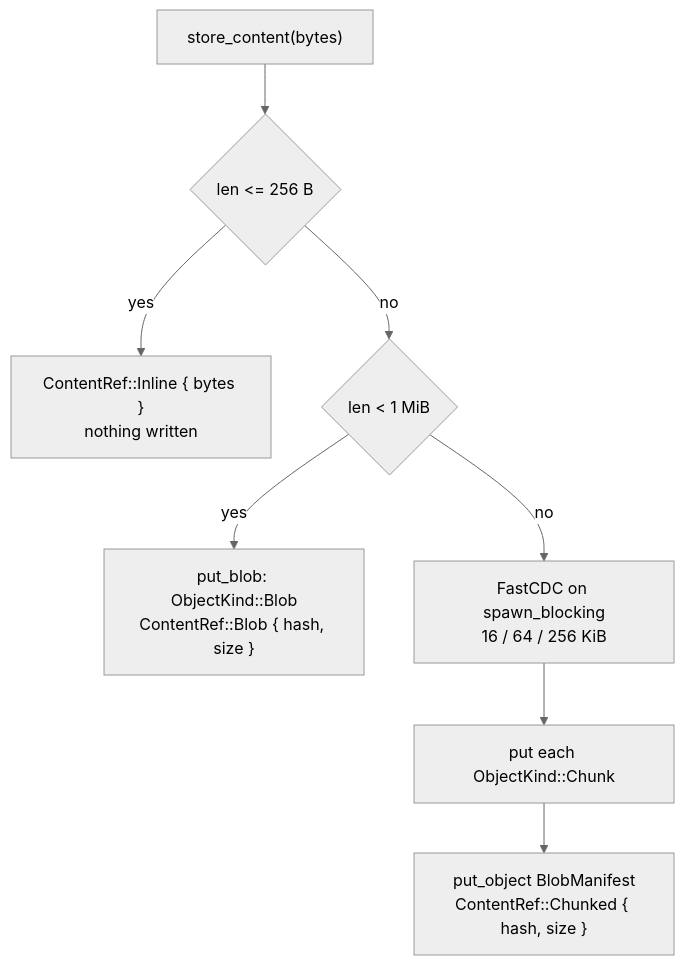
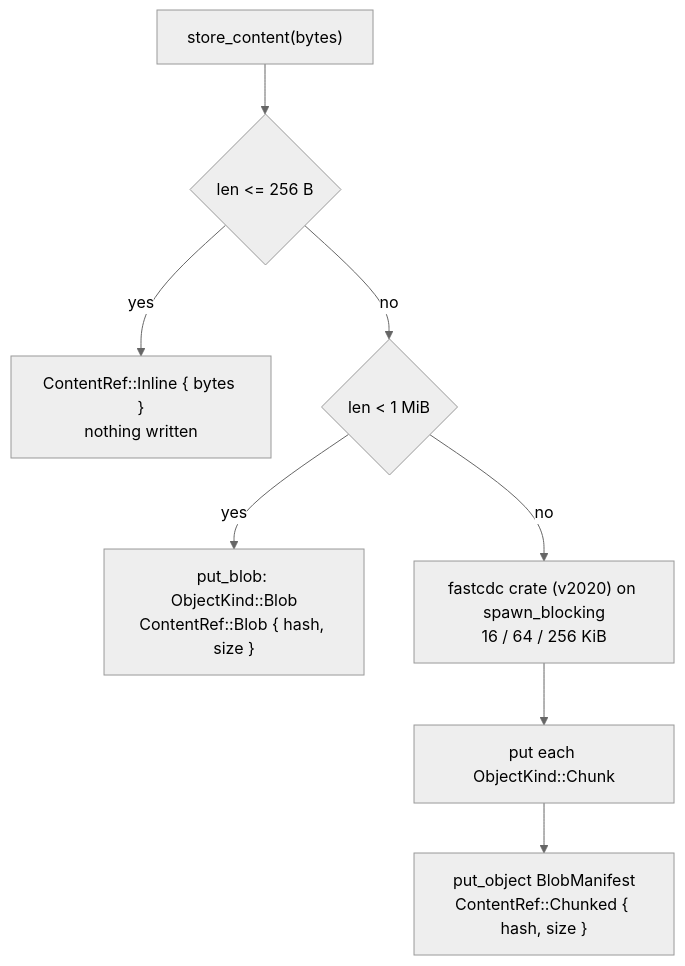
The diagram in architecture/02-data/content-and-chunking.md (envoy1084/rill), drawn with Mermaid (neutral theme) before and after one commit. The commit also changed other lines of this file and 8 other files, not shown here.

````diff
--- a/architecture/02-data/content-and-chunking.md
+++ b/architecture/02-data/content-and-chunking.md
@@ -11,10 +11,10 @@
 ```mermaid
 flowchart TD
     IN["store_content(bytes)"] --> S1{"len <= 256 B"}
     S1 -- yes --> INL["ContentRef::Inline { bytes }<br/>nothing written"]
     S1 -- no --> S2{"len < 1 MiB"}
     S2 -- yes --> BLOB["put_blob: ObjectKind::Blob<br/>ContentRef::Blob { hash, size }"]
-    S2 -- no --> CDC["FastCDC on spawn_blocking<br/>16 / 64 / 256 KiB"]
+    S2 -- no --> CDC["fastcdc crate (v2020) on spawn_blocking<br/>16 / 64 / 256 KiB"]
     CDC --> CH["put each ObjectKind::Chunk"]
     CH --> MAN["put_object BlobManifest<br/>ContentRef::Chunked { hash, size }"]
 ```
````
